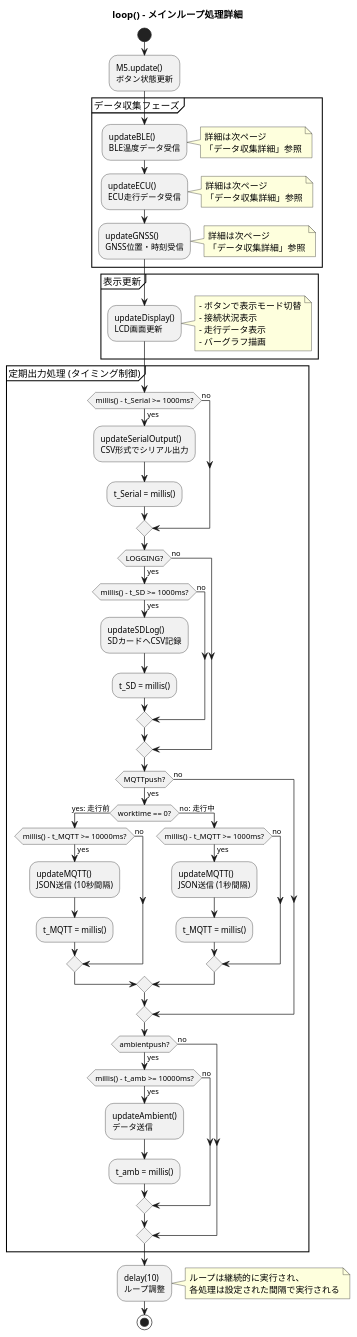
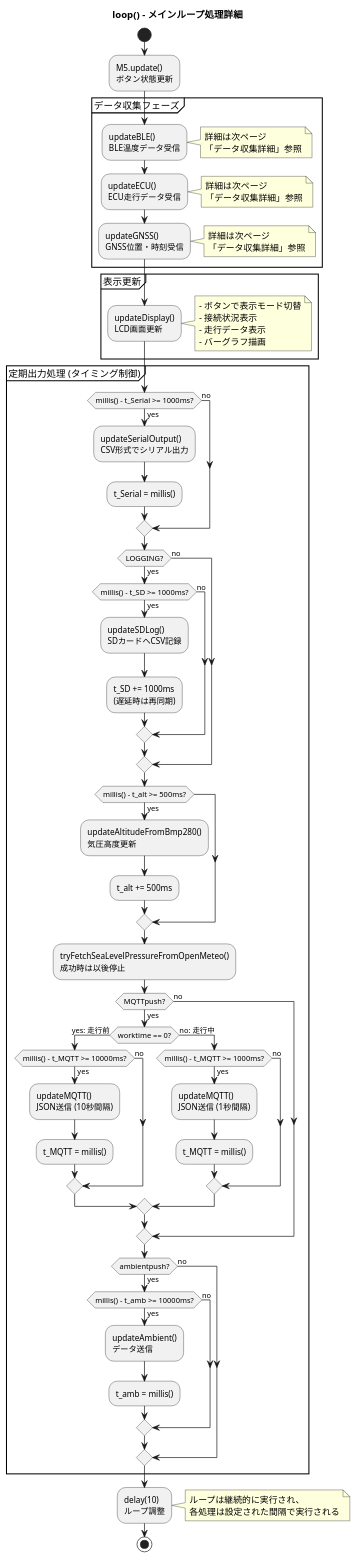
The third of 8 diagrams in docs/flowchart.puml (todateman/Chibi-T_Furoshiki_Logger), drawn with PlantUML before and after one commit. The commit also changed other lines of this file and 3 other files, not shown here.

Commit message:
BMP280による気圧高度を使用するよう変更 - BMP280ベースの高度推定（EKFなし）とOpen-Meteoによる海面気圧のワンショット置換 - デバッグ/ログCSVスキーマを更新し、altとlocを追加 - Open-Meteo HTTPフェッチの動作と再試行/停止条件を反映 - フォワードオンリーGNSS時刻同期、定期高度タスク、SDロギング戦略のフローチャートを更新 - SDオープンキープ+定期同期の動作と電源喪失時の注意事項についてドキュメント化

```diff
--- a/docs/flowchart.puml
+++ b/docs/flowchart.puml
@@ -315,101 +313,111 @@
 @startuml loop詳細フロー
 title loop() - メインループ処理詳細
 
 start
 
 :M5.update()
 ボタン状態更新;
 
 partition "データ収集フェーズ" {
     :updateBLE()
     BLE温度データ受信;
     note right
         詳細は次ページ
         「データ収集詳細」参照
     end note
     
     :updateECU()
     ECU走行データ受信;
     note right
         詳細は次ページ
         「データ収集詳細」参照
     end note
     
     :updateGNSS()
     GNSS位置・時刻受信;
     note right
         詳細は次ページ
         「データ収集詳細」参照
     end note
 }
 
 partition "表示更新" {
     :updateDisplay()
     LCD画面更新;
     note right
         - ボタンで表示モード切替
         - 接続状況表示
         - 走行データ表示
         - バーグラフ描画
     end note
 }
 
 partition "定期出力処理 (タイミング制御)" {
     if (millis() - t_Serial >= 1000ms?) then (yes)
         :updateSerialOutput()
         CSV形式でシリアル出力;
         :t_Serial = millis();
     else (no)
     endif
     
     if (LOGGING?) then (yes)
         if (millis() - t_SD >= 1000ms?) then (yes)
             :updateSDLog()
             SDカードへCSV記録;
-            :t_SD = millis();
+            :t_SD += 1000ms
+            (遅延時は再同期);
         else (no)
         endif
     else (no)
     endif
+
+    if (millis() - t_alt >= 500ms?) then (yes)
+        :updateAltitudeFromBmp280()
+        気圧高度更新;
+        :t_alt += 500ms;
+    endif
+
+    :tryFetchSeaLevelPressureFromOpenMeteo()
+    成功時は以後停止;
     
     if (MQTTpush?) then (yes)
         if (worktime == 0?) then (yes: 走行前)
             if (millis() - t_MQTT >= 10000ms?) then (yes)
                 :updateMQTT()
                 JSON送信 (10秒間隔);
                 :t_MQTT = millis();
             else (no)
             endif
         else (no: 走行中)
             if (millis() - t_MQTT >= 1000ms?) then (yes)
                 :updateMQTT()
                 JSON送信 (1秒間隔);
                 :t_MQTT = millis();
             else (no)
             endif
         endif
     else (no)
     endif
     
     if (ambientpush?) then (yes)
         if (millis() - t_amb >= 10000ms?) then (yes)
             :updateAmbient()
             データ送信;
             :t_amb = millis();
         else (no)
         endif
     else (no)
     endif
 }
 
 :delay(10)
 ループ調整;
 
 note right
     ループは継続的に実行され、
     各処理は設定された間隔で実行される
 end note
 
 stop
 
 @enduml
```
